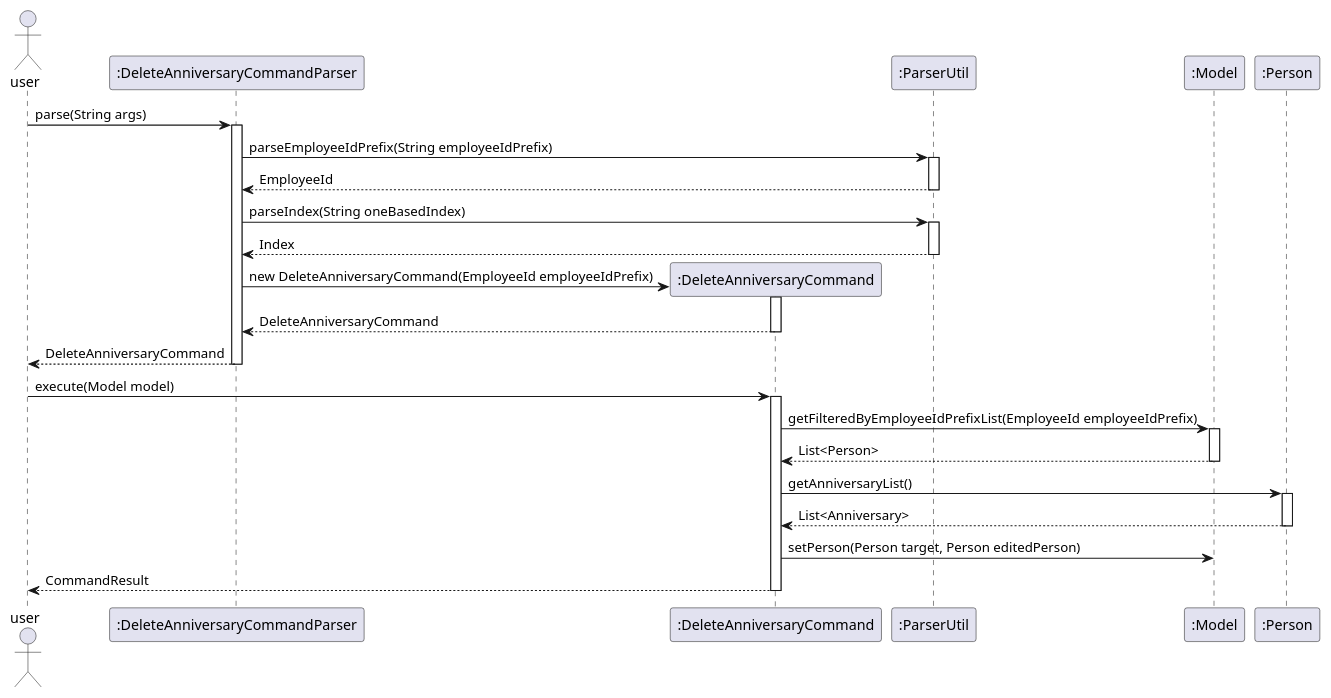
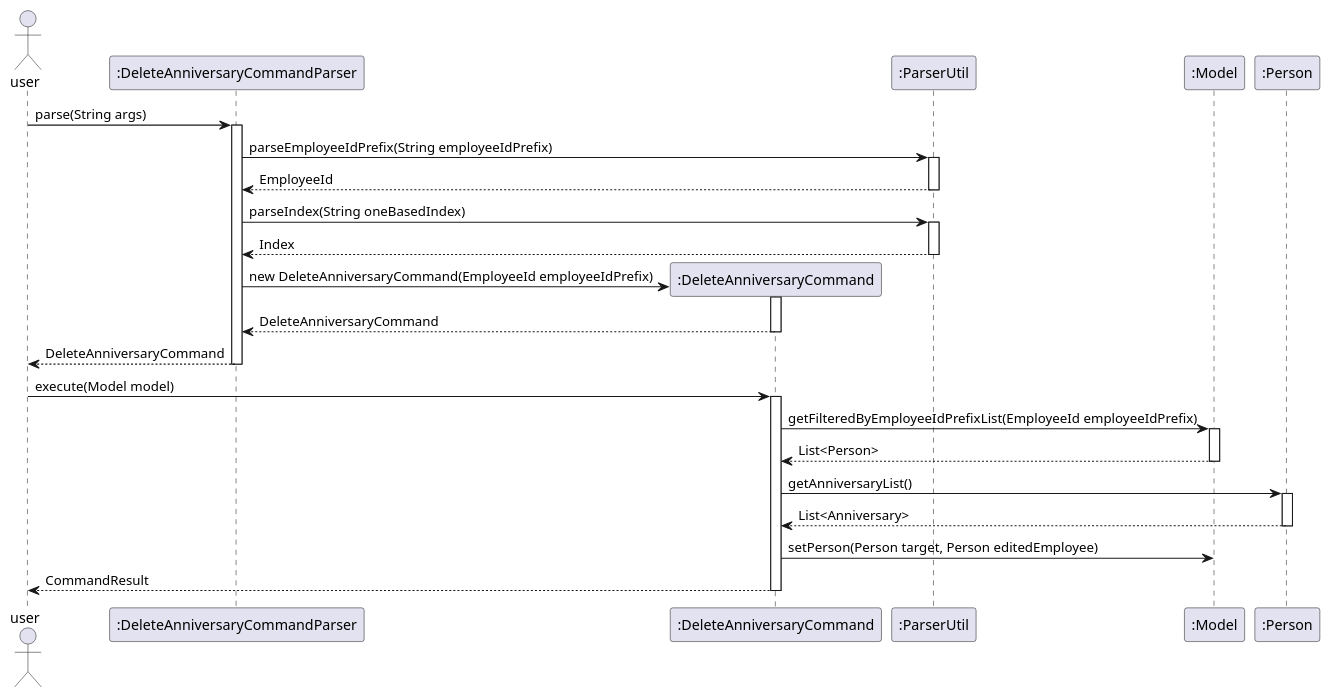
Before and after one commit to kimseunghyun-kr/tp: the diagram in docs/diagrams/DeleteAnniversaryCommandSequenceDiagram.puml, drawn with PlantUML. The commit also changed 91 other files, not shown here.

Commit message:
Refactor Person to Employee

```diff
--- a/docs/diagrams/DeleteAnniversaryCommandSequenceDiagram.puml
+++ b/docs/diagrams/DeleteAnniversaryCommandSequenceDiagram.puml
@@ -1,39 +1,39 @@
 @startuml
 actor user as U
 participant ":DeleteAnniversaryCommandParser" as DACP
 participant ":DeleteAnniversaryCommand" as DAC
 participant ":ParserUtil" as PU
 participant ":Model" as M
 participant ":Person" as P
 
 U -> DACP: parse(String args)
 activate DACP
 DACP -> PU: parseEmployeeIdPrefix(String employeeIdPrefix)
 activate PU
 PU --> DACP: EmployeeId
 deactivate PU
 DACP -> PU: parseIndex(String oneBasedIndex)
 activate PU
 PU --> DACP: Index
 deactivate PU
 create DAC
 DACP -> DAC: new DeleteAnniversaryCommand(EmployeeId employeeIdPrefix)
 Activate DAC
 return DeleteAnniversaryCommand
 DACP --> U : DeleteAnniversaryCommand
 deactivate DACP
 
 U -> DAC: execute(Model model)
 activate DAC
 DAC -> M : getFilteredByEmployeeIdPrefixList(EmployeeId employeeIdPrefix)
 activate M
 M --> DAC : List<Person>
 deactivate M
 DAC -> P : getAnniversaryList()
 activate P
 P --> DAC : List<Anniversary>
 deactivate P
-DAC -> M : setPerson(Person target, Person editedPerson)
+DAC -> M : setPerson(Person target, Person editedEmployee)
 DAC --> U : CommandResult
 deactivate DAC
 @enduml
```
